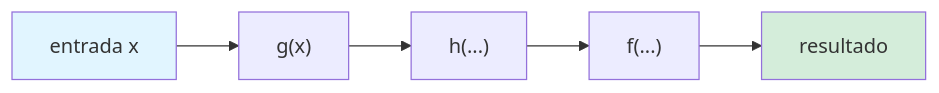
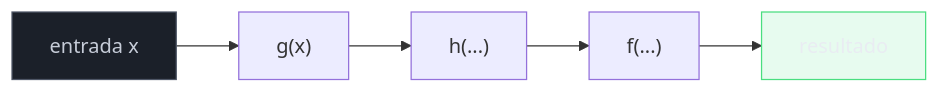
Before and after one commit to josenaldo/codex-technomanticus: the first of 4 diagrams in 03-Dominios/Ciência/Paradigmas/06 - Composição e recursão.md, drawn with Mermaid. The commit also changed other lines of this file and 1181 other files, not shown here.

First line of the commit message:
fix(diagramas): paleta do sistema no lugar de cor cravada no markdown

````diff
--- a/03-Dominios/Ciência/Paradigmas/06 - Composição e recursão.md
+++ b/03-Dominios/Ciência/Paradigmas/06 - Composição e recursão.md
@@ -67,9 +67,11 @@
 ```mermaid
 flowchart LR
+  classDef neutro fill:#1B2029,stroke:#4E5666,color:#C6CCD8
+  classDef ok fill:#4ADE8021,stroke:#4ADE80,color:#E9ECF2
   X["entrada x"] --> G["g(x)"]
   G --> H["h(...)"]
   H --> F["f(...)"]
   F --> R["resultado"]
-  style X fill:#e1f5ff
-  style R fill:#d4edda
+  class X neutro
+  class R ok
 ```
````
